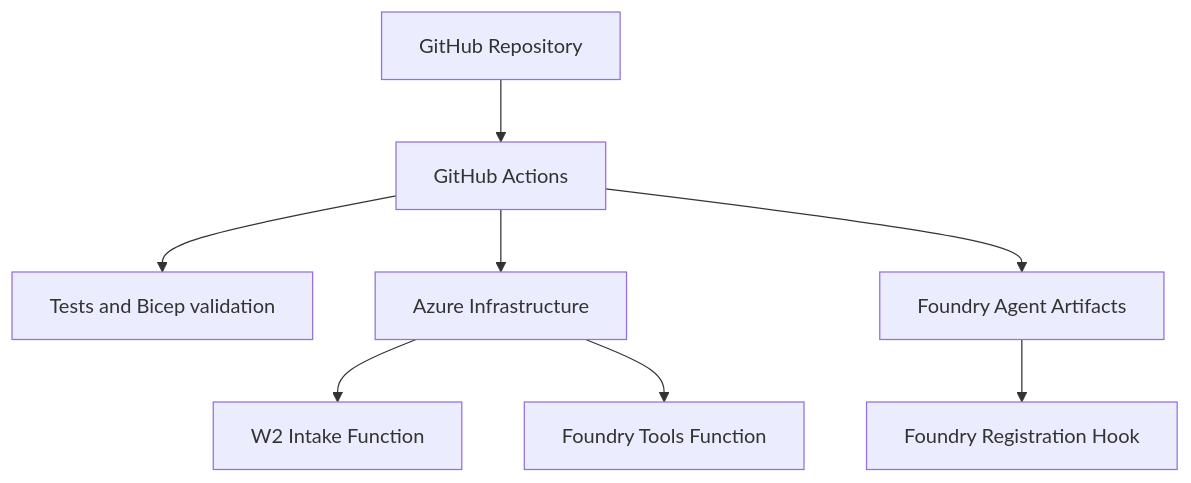
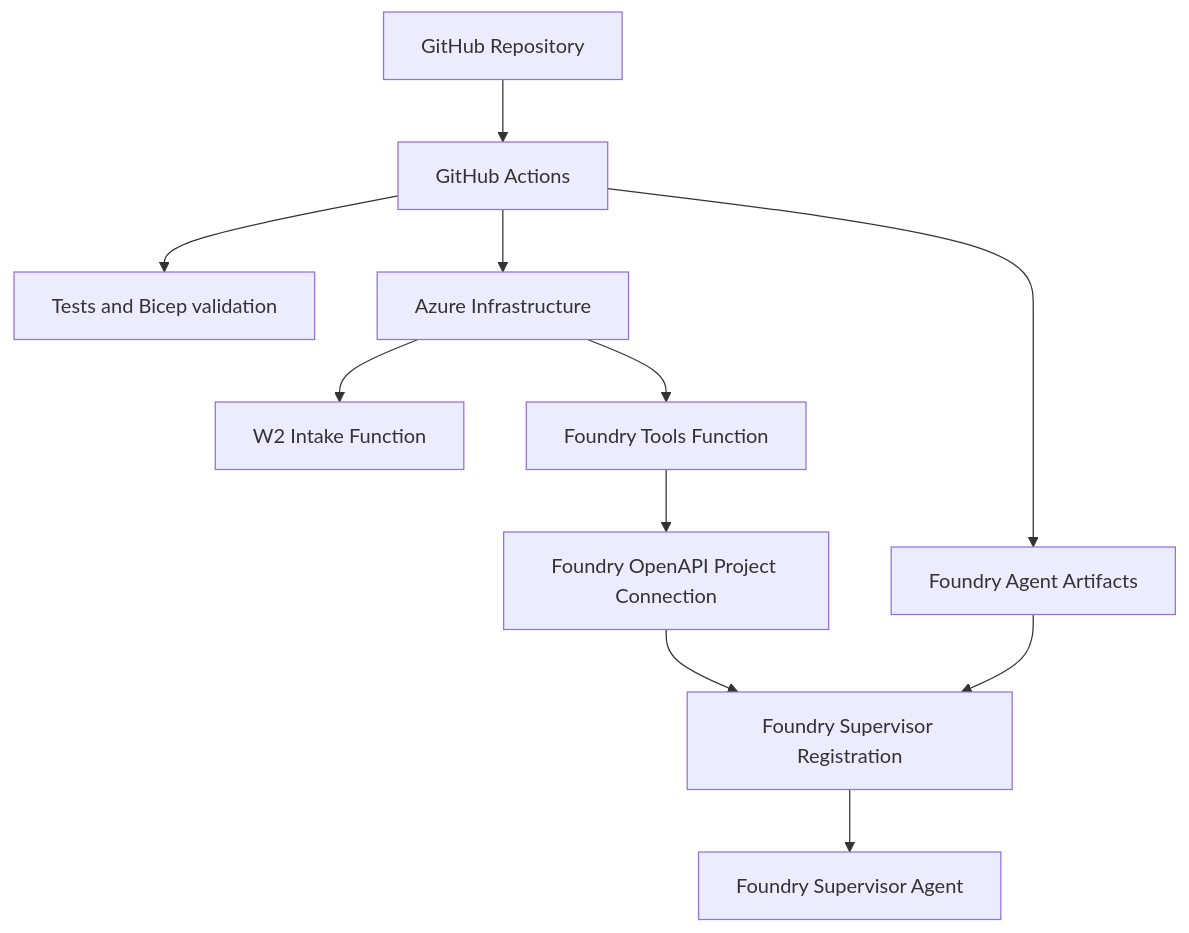
The second of 2 diagrams in docs/index.md (fluxionpartners/agentic-processing-platform), drawn with Mermaid before and after one commit. The commit also changed other lines of this file and 15 other files, not shown here.

Commit message:
feat: automate Foundry agent registration

````diff
--- a/docs/index.md
+++ b/docs/index.md
@@ -30,10 +30,13 @@
 ```mermaid
 flowchart TB
   GitHub[GitHub Repository] --> Actions[GitHub Actions]
   Actions --> Tests[Tests and Bicep validation]
   Actions --> Azure[Azure Infrastructure]
   Azure --> Intake[W2 Intake Function]
   Azure --> Tools[Foundry Tools Function]
   Actions --> FoundryArtifacts[Foundry Agent Artifacts]
-  FoundryArtifacts --> FoundryHook[Foundry Registration Hook]
+  Tools --> Connection[Foundry OpenAPI Project Connection]
+  FoundryArtifacts --> Registration[Foundry Supervisor Registration]
+  Connection --> Registration
+  Registration --> Agent[Foundry Supervisor Agent]
 ```
````
